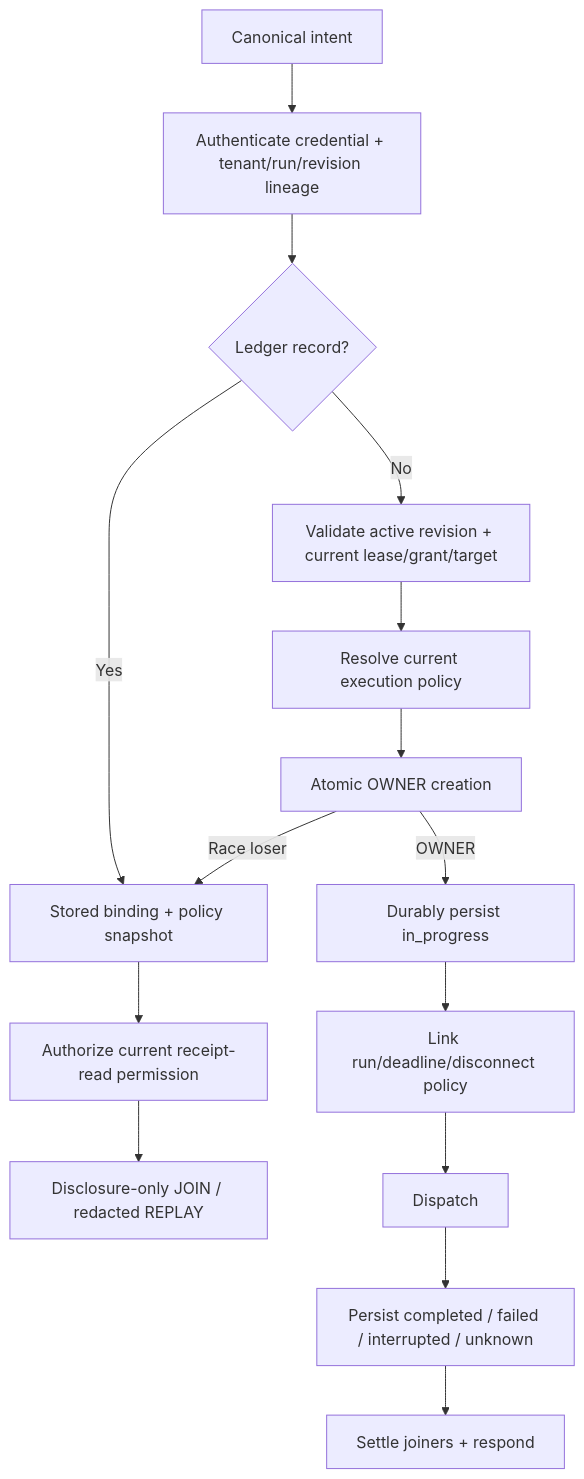
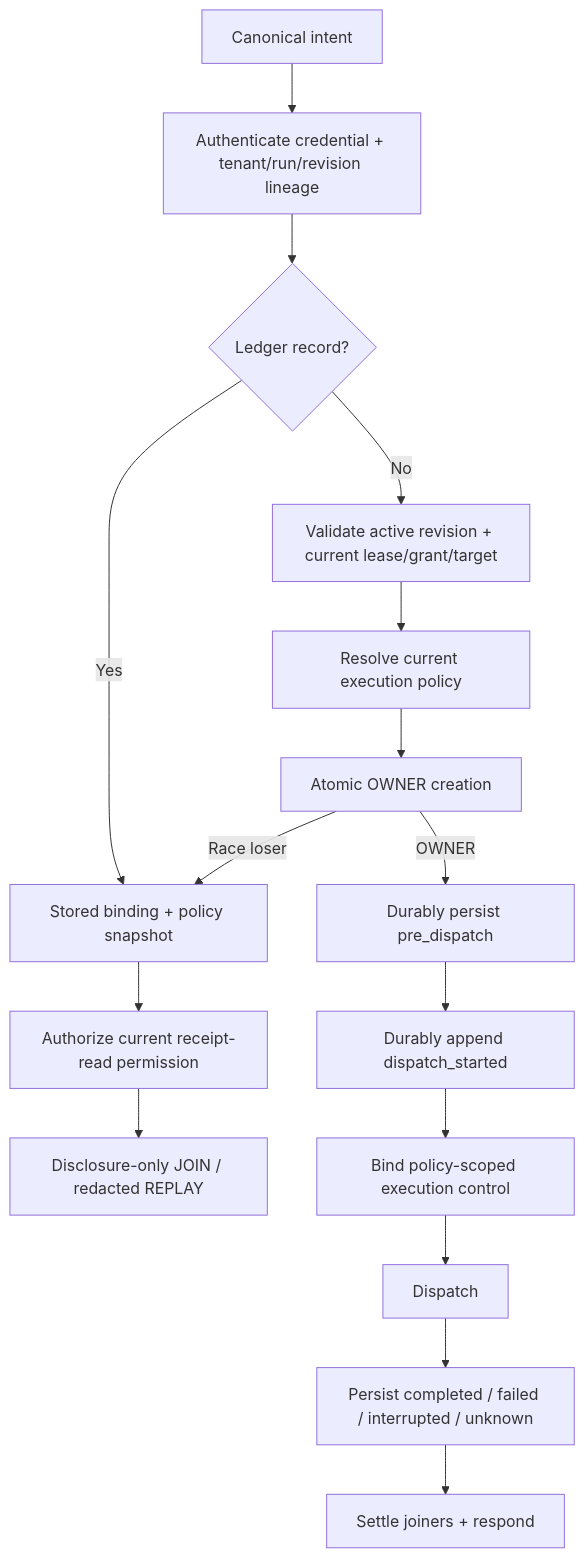
The diagram in plans/260901-1011-antifan-core-runtime-freeze/phase-02-orchestration-lifecycle-and-cancellation.md (Devs2-Stores/AntiFan), drawn with Mermaid before and after one commit. The commit also changed other lines of this file and 20 other files, not shown here.

Commit message:
fix(mcp): wire artifact sink, relax cursor schema, and harden playwright parity

````diff
--- a/plans/260901-1011-antifan-core-runtime-freeze/phase-02-orchestration-lifecycle-and-cancellation.md
+++ b/plans/260901-1011-antifan-core-runtime-freeze/phase-02-orchestration-lifecycle-and-cancellation.md
@@ -51,17 +56,18 @@
 ```mermaid
 flowchart TD
     Intent[Canonical intent] --> Lineage[Authenticate credential + tenant/run/revision lineage]
     Lineage --> Lookup{Ledger record?}
     Lookup -->|Yes| Match[Stored binding + policy snapshot]
     Match --> ReadAuth[Authorize current receipt-read permission]
     ReadAuth --> JoinReplay[Disclosure-only JOIN / redacted REPLAY]
     Lookup -->|No| Live[Validate active revision + current lease/grant/target]
     Live --> Policy[Resolve current execution policy]
     Policy --> Claim[Atomic OWNER creation]
     Claim -->|Race loser| Match
-    Claim -->|OWNER| Persist[Durably persist in_progress]
-    Persist --> Signal[Link run/deadline/disconnect policy]
-    Signal --> Execute[Dispatch]
+    Claim -->|OWNER| Pre[Durably persist pre_dispatch]
+    Pre --> Mark[Durably append dispatch_started]
+    Mark --> Control[Bind policy-scoped execution control]
+    Control --> Execute[Dispatch]
     Execute --> Terminal[Persist completed / failed / interrupted / unknown]
     Terminal --> Settle[Settle joiners + respond]
 ```
````
